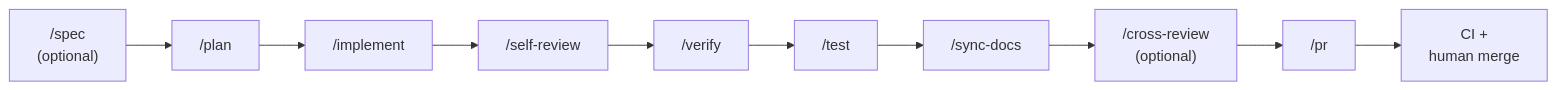
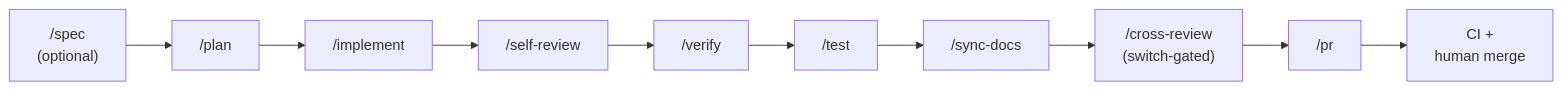
Before and after one commit to yoshpy-dev/ralph: the diagram in README.md, drawn with Mermaid. The commit also changed other lines of this file and 25 other files, not shown here.

Commit message:
docs: describe the plan advisory and cross-review as switch-gated and recorded

````diff
--- a/README.md
+++ b/README.md
@@ -203,12 +210,12 @@
 ```mermaid
 flowchart LR
     A["/spec<br/>(optional)"] --> B["/plan"]
     B --> C["/implement"]
     C --> E["/self-review"]
     E --> F["/verify"]
     F --> G["/test"]
     G --> H["/sync-docs"]
-    H --> I["/cross-review<br/>(optional)"]
+    H --> I["/cross-review<br/>(switch-gated)"]
     I --> J["/pr"]
     J --> K["CI +<br/>human merge"]
 ```
````
